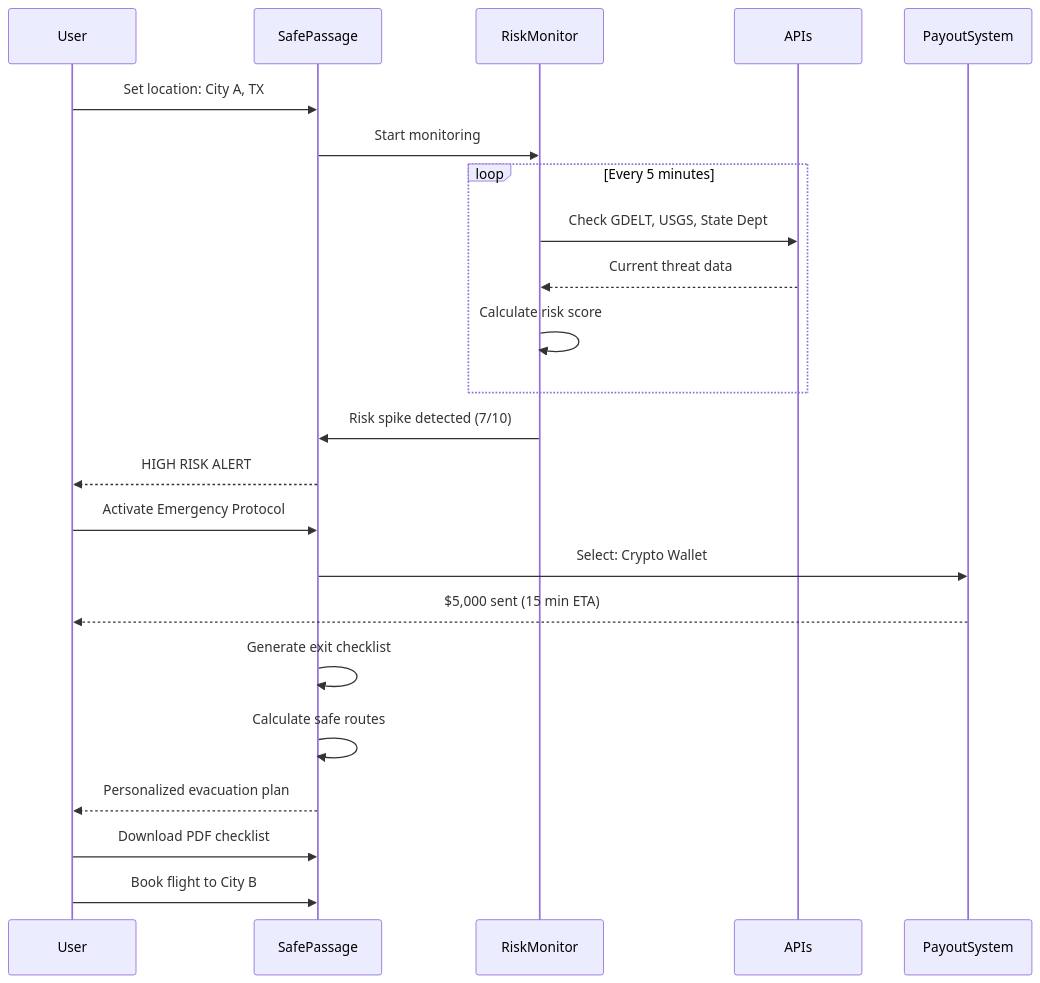
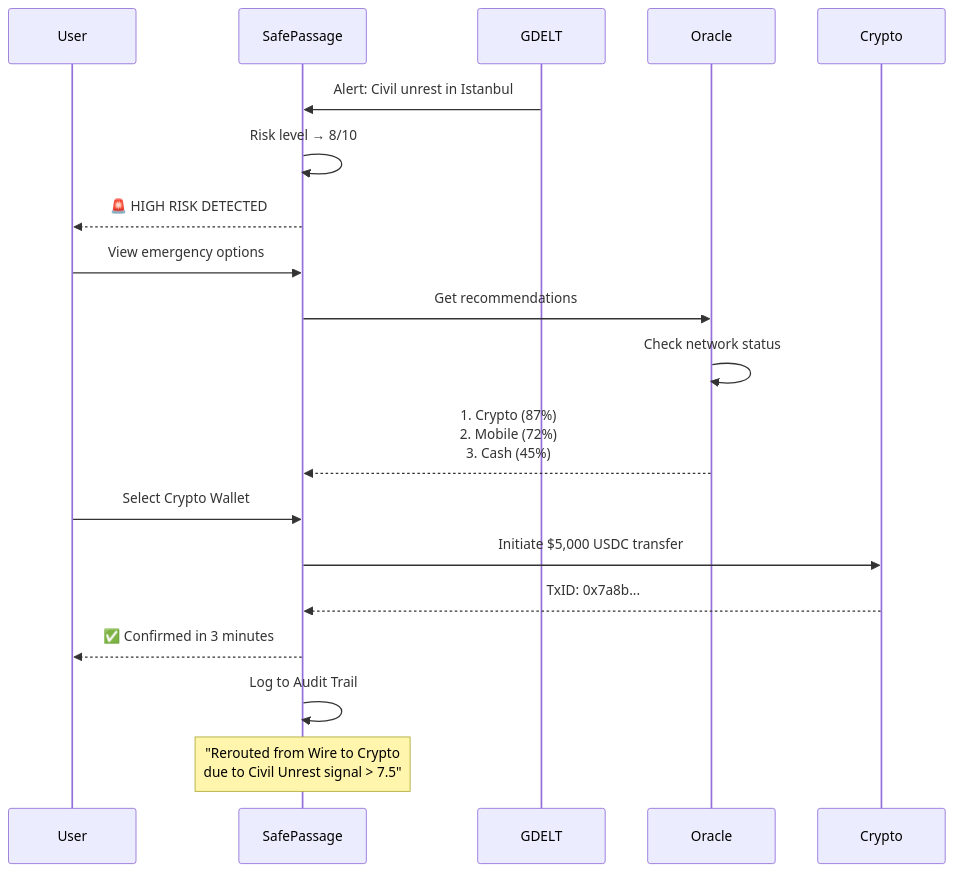
Before and after one commit to ankitlade12/SafePassage: the third of 3 diagrams in README.md, drawn with Mermaid. The commit also changed other lines of this file and 5 other files, not shown here.

First line of the commit message:
feat: Add hackathon features - Chaos Slider, Sankey Diagram, Dead Man's Switch, Guardian Network, Shadow Banking, Crisis Packet, Proof of Reserves

````diff
--- a/README.md
+++ b/README.md
@@ -387,31 +331,25 @@
 ```mermaid
 sequenceDiagram
-participant User
-participant SafePassage
-participant RiskMonitor
-participant APIs
-participant PayoutSystem
-
-User->>SafePassage: Set location: City A, TX
-SafePassage->>RiskMonitor: Start monitoring
-
-loop Every 5 minutes
-RiskMonitor->>APIs: Check GDELT, USGS, State Dept
-APIs-->>RiskMonitor: Current threat data
-RiskMonitor->>RiskMonitor: Calculate risk score
-end
-
-RiskMonitor->>SafePassage: Risk spike detected (7/10)
-SafePassage-->>User: HIGH RISK ALERT
-
-User->>SafePassage: Activate Emergency Protocol
-SafePassage->>PayoutSystem: Select: Crypto Wallet
-PayoutSystem-->>User: $5,000 sent (15 min ETA)
-
-SafePassage->>SafePassage: Generate exit checklist
-SafePassage->>SafePassage: Calculate safe routes
-SafePassage-->>User: Personalized evacuation plan
-
-User->>SafePassage: Download PDF checklist
-User->>SafePassage: Book flight to City B
+    participant User
+    participant SafePassage
+    participant GDELT
+    participant Oracle
+    participant Crypto
+    
+    GDELT->>SafePassage: Alert: Civil unrest in Istanbul
+    SafePassage->>SafePassage: Risk level → 8/10
+    SafePassage-->>User: 🚨 HIGH RISK DETECTED
+    
+    User->>SafePassage: View emergency options
+    SafePassage->>Oracle: Get recommendations
+    Oracle->>Oracle: Check network status
+    Oracle-->>SafePassage: 1. Crypto (87%)<br/>2. Mobile (72%)<br/>3. Cash (45%)
+    
+    User->>SafePassage: Select Crypto Wallet
+    SafePassage->>Crypto: Initiate $5,000 USDC transfer
+    Crypto-->>SafePassage: TxID: 0x7a8b...
+    SafePassage-->>User: ✅ Confirmed in 3 minutes
+    
+    SafePassage->>SafePassage: Log to Audit Trail
+    Note over SafePassage: "Rerouted from Wire to Crypto<br/>due to Civil Unrest signal > 7.5"
 ```
````
